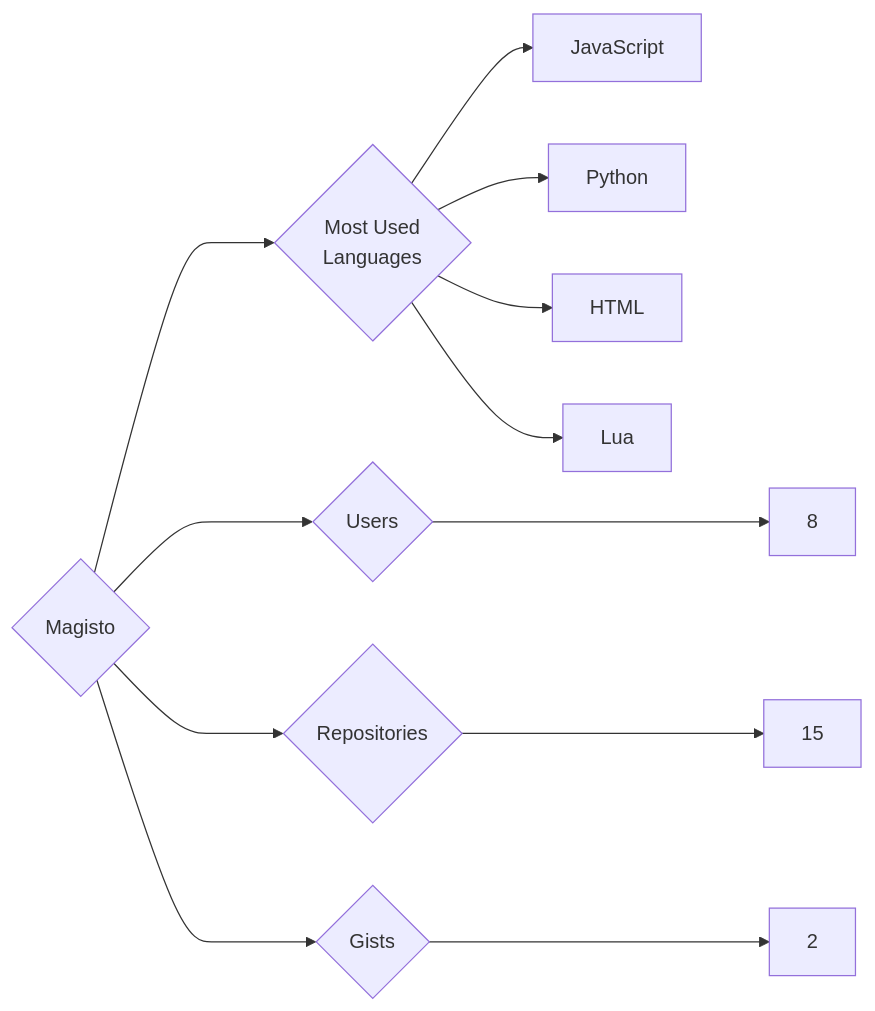
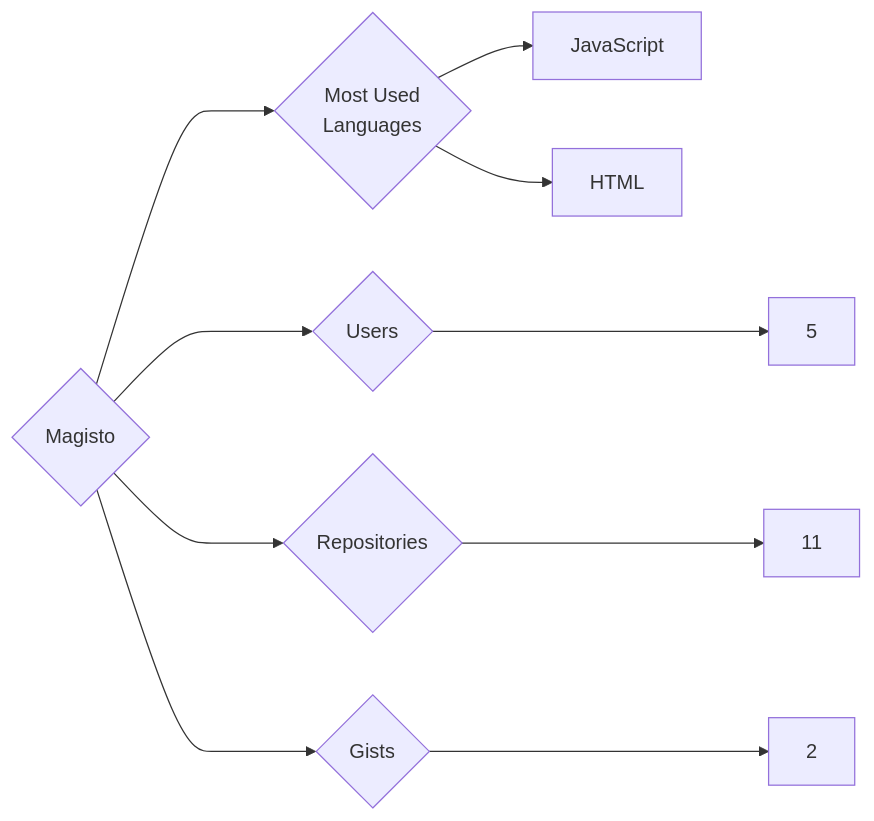
The diagram in targets/Magisto/README.md (trickest/insiders), drawn with Mermaid before and after one commit. The commit also changed 1496 other files, not shown here.

````diff
--- a/targets/Magisto/README.md
+++ b/targets/Magisto/README.md
@@ -3,12 +3,10 @@
 ```mermaid
 graph LR
 COMPANY_NAME{Magisto}
-COMPANY_NAME ---> U{Users} ---> UN[8]
-COMPANY_NAME ---> R{Repositories} ---> RN[15]
+COMPANY_NAME ---> U{Users} ---> UN[5]
+COMPANY_NAME ---> R{Repositories} ---> RN[11]
 COMPANY_NAME ---> G{Gists} ---> GN[2]
 COMPANY_NAME ---> ML{Most Used<br>Languages}
 ML --> JavaScript[JavaScript]
-ML --> Python[Python]
 ML --> HTML[HTML]
-ML --> Lua[Lua]
 ```
````
